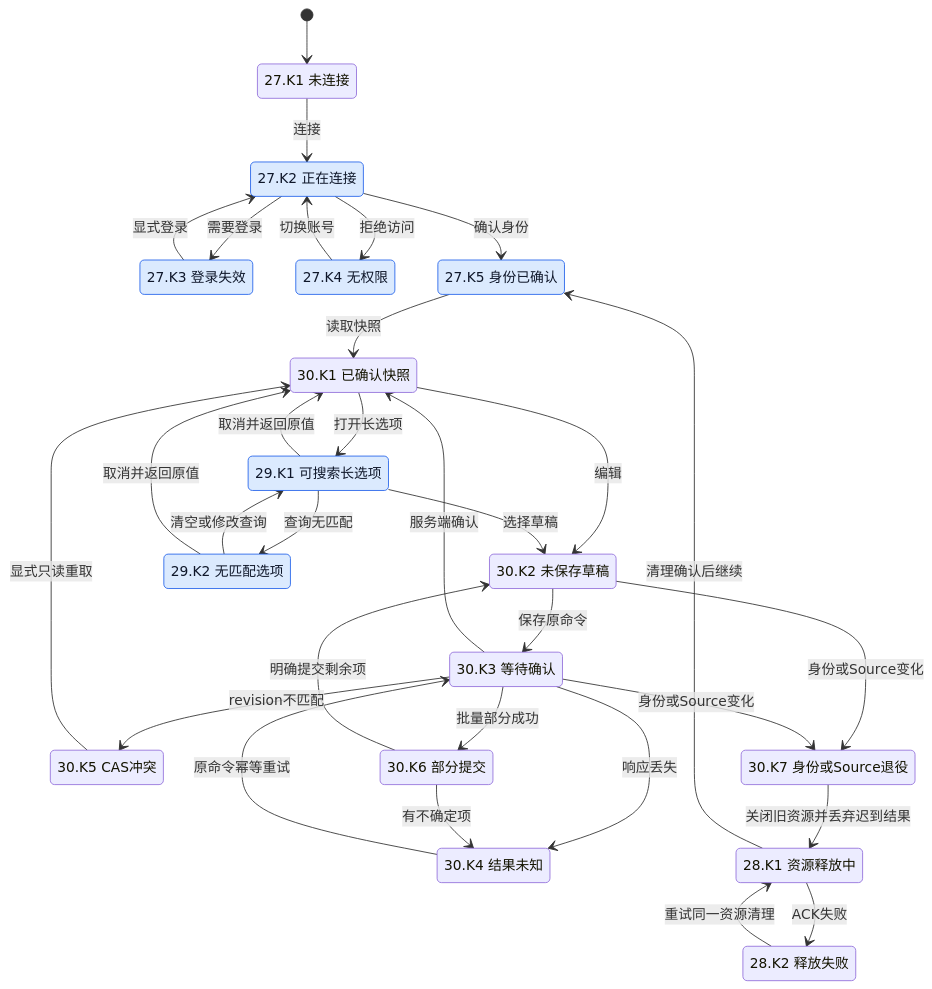
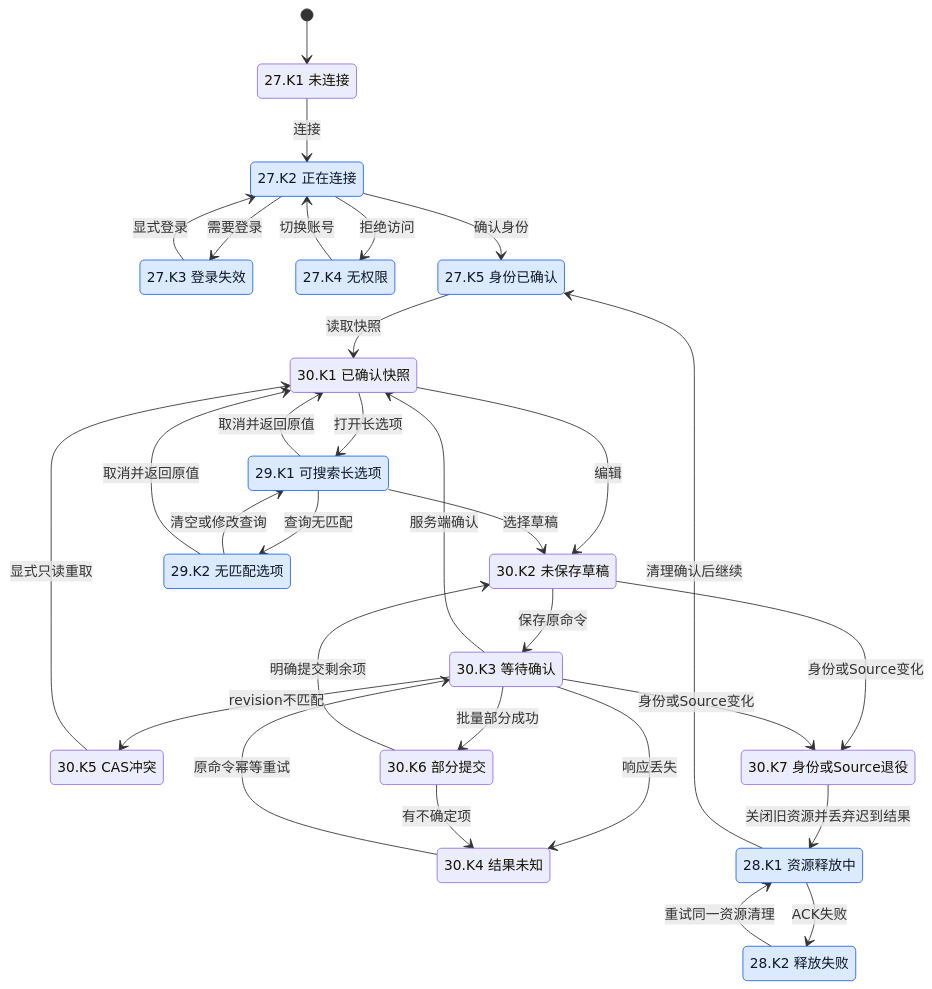
One commit to Wybxc/karuyomi changed the seventh of 21 diagrams in docs/verification/mihon-state-coverage.md. Above: the diagram before and after it, drawn with Mermaid. The commit also changed other lines of this file and 7 other files, not shown here.

````diff
--- a/docs/verification/mihon-state-coverage.md
+++ b/docs/verification/mihon-state-coverage.md
@@ -815,51 +815,51 @@
 ```mermaid
 stateDiagram-v2
     [*] --> K0
     state "27.K1 未连接" as K0
     state "27.K2 正在连接" as K1
     state "27.K3 登录失效" as K2
     state "27.K4 无权限" as K3
     state "27.K5 身份已确认" as K4
     state "30.K1 已确认快照" as K5
     state "30.K2 未保存草稿" as K6
     state "30.K3 等待确认" as K7
     state "30.K4 结果未知" as K8
     state "30.K5 CAS冲突" as K9
     state "30.K6 部分提交" as K10
     state "30.K7 身份或Source退役" as K11
     state "28.K1 资源释放中" as K12
     state "28.K2 释放失败" as K13
     state "29.K1 可搜索长选项" as Q0
     state "29.K2 无匹配选项" as Q1
     K0 --> K1: 连接
     K1 --> K2: 需要登录
     K1 --> K3: 拒绝访问
     K1 --> K4: 确认身份
     K2 --> K1: 显式登录
     K3 --> K1: 切换账号
     K4 --> K5: 读取快照
     K5 --> K6: 编辑
     K6 --> K7: 保存原命令
     K7 --> K5: 服务端确认
     K7 --> K8: 响应丢失
     K8 --> K7: 原命令幂等重试
     K7 --> K9: revision不匹配
     K9 --> K5: 显式只读重取
     K7 --> K10: 批量部分成功
     K10 --> K8: 有不确定项
     K10 --> K6: 明确提交剩余项
     K6 --> K11: 身份或Source变化
     K7 --> K11: 身份或Source变化
     K11 --> K12: 关闭旧资源并丢弃迟到结果
     K12 --> K13: ACK失败
     K13 --> K12: 重试同一资源清理
     K12 --> K4: 清理确认后继续
     K5 --> Q0: 打开长选项
     Q0 --> Q1: 查询无匹配
     Q1 --> Q0: 清空或修改查询
     Q0 --> K6: 选择草稿
     Q0 --> K5: 取消并返回原值
     Q1 --> K5: 取消并返回原值
     classDef paired fill:#dbeafe,stroke:#2563eb,color:#0f172a
-    class K1,K2,K3,K4,Q0,Q1 paired
+    class K1,K2,K3,K4,K12,K13,Q0,Q1 paired
 ```
````
